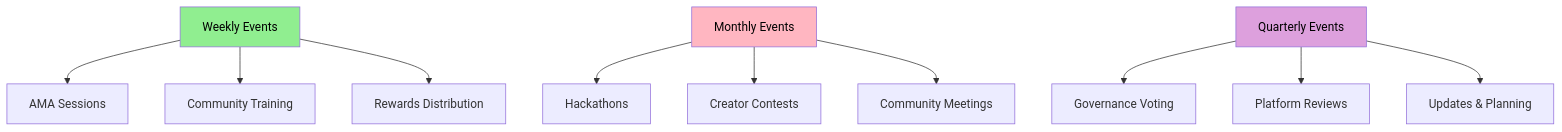
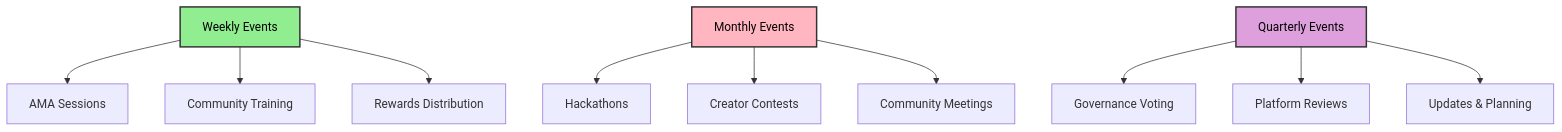
The fifth of 18 diagrams in docs/whitepaper/community-ecosystem.md (MEMEFANS/memefans), drawn with Mermaid before and after one commit.

Commit message:
style: enhance mermaid diagram node borders

````diff
--- a/docs/whitepaper/community-ecosystem.md
+++ b/docs/whitepaper/community-ecosystem.md
@@ -87,18 +87,18 @@
 ```mermaid
 graph TD
     WE[Weekly Events] --> AMA[AMA Sessions]
     WE --> CT[Community Training]
     WE --> RW[Rewards Distribution]
     
     ME[Monthly Events] --> HC[Hackathons]
     ME --> CC[Creator Contests]
     ME --> CM[Community Meetings]
     
     QE[Quarterly Events] --> GV[Governance Voting]
     QE --> PR[Platform Reviews]
     QE --> UP[Updates & Planning]
     
-    style WE fill:#90EE90,color:#000000
-    style ME fill:#FFB6C1,color:#000000
-    style QE fill:#DDA0DD,color:#000000
+    style WE fill:#90EE90,color:#000000,stroke:#333,stroke-width:2px
+    style ME fill:#FFB6C1,color:#000000,stroke:#333,stroke-width:2px
+    style QE fill:#DDA0DD,color:#000000,stroke:#333,stroke-width:2px
 ```
````
